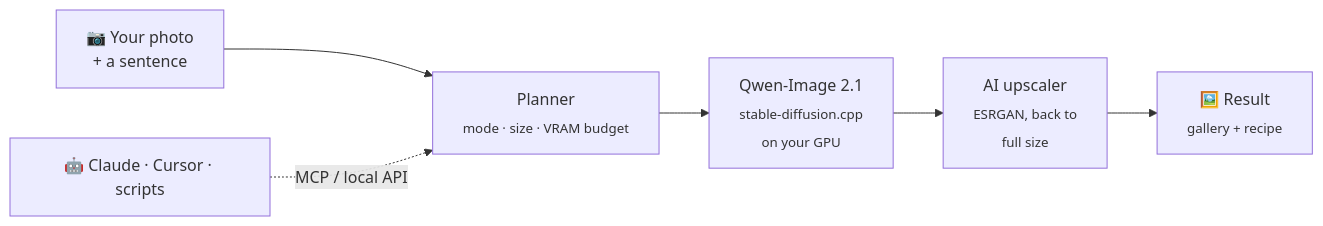
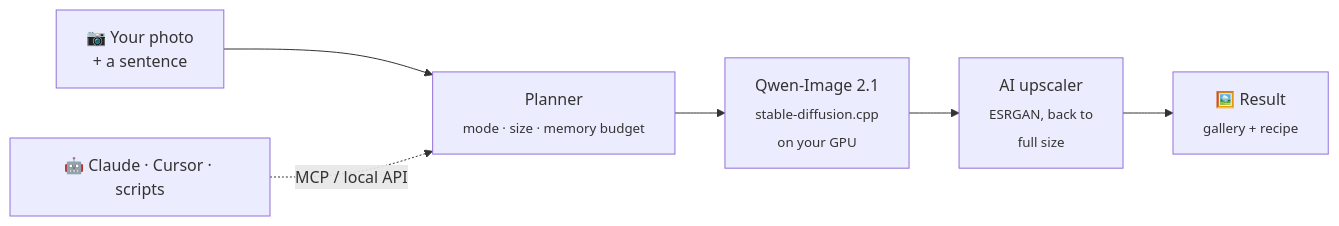
The first of 2 diagrams in README.md (CesareDavidePace/kokon), drawn with Mermaid before and after one commit. The commit also changed other lines of this file and 5 other files, not shown here.

````diff
--- a/README.md
+++ b/README.md
@@ -193,8 +221,8 @@
 ```mermaid
 flowchart LR
-    A["📷 Your photo<br>+ a sentence"] --> B["Planner<br><sub>mode · size · VRAM budget</sub>"]
+    A["📷 Your photo<br>+ a sentence"] --> B["Planner<br><sub>mode · size · memory budget</sub>"]
     B --> C["Qwen-Image 2.1<br><sub>stable-diffusion.cpp<br>on your GPU</sub>"]
     C --> D["AI upscaler<br><sub>ESRGAN, back to<br>full size</sub>"]
     D --> E["🖼️ Result<br><sub>gallery + recipe</sub>"]
     M["🤖 Claude · Cursor · scripts"] -. "MCP / local API" .-> B
 ```
````
